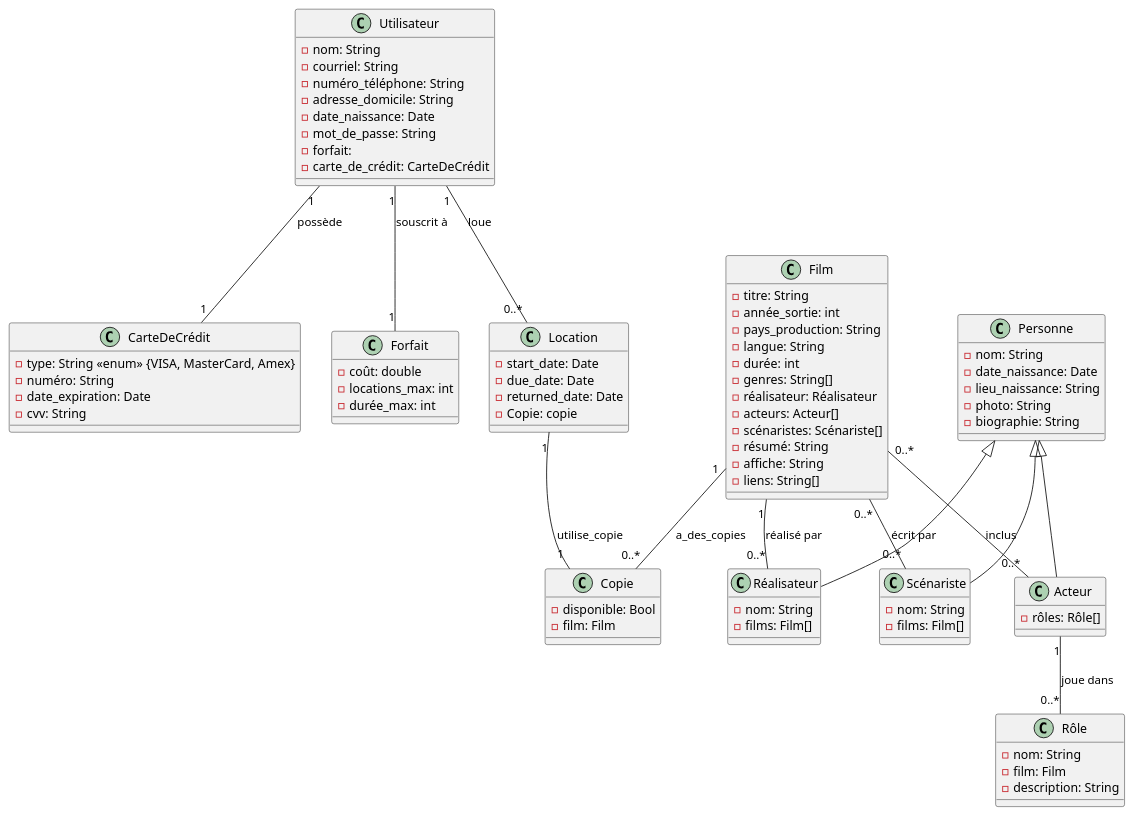
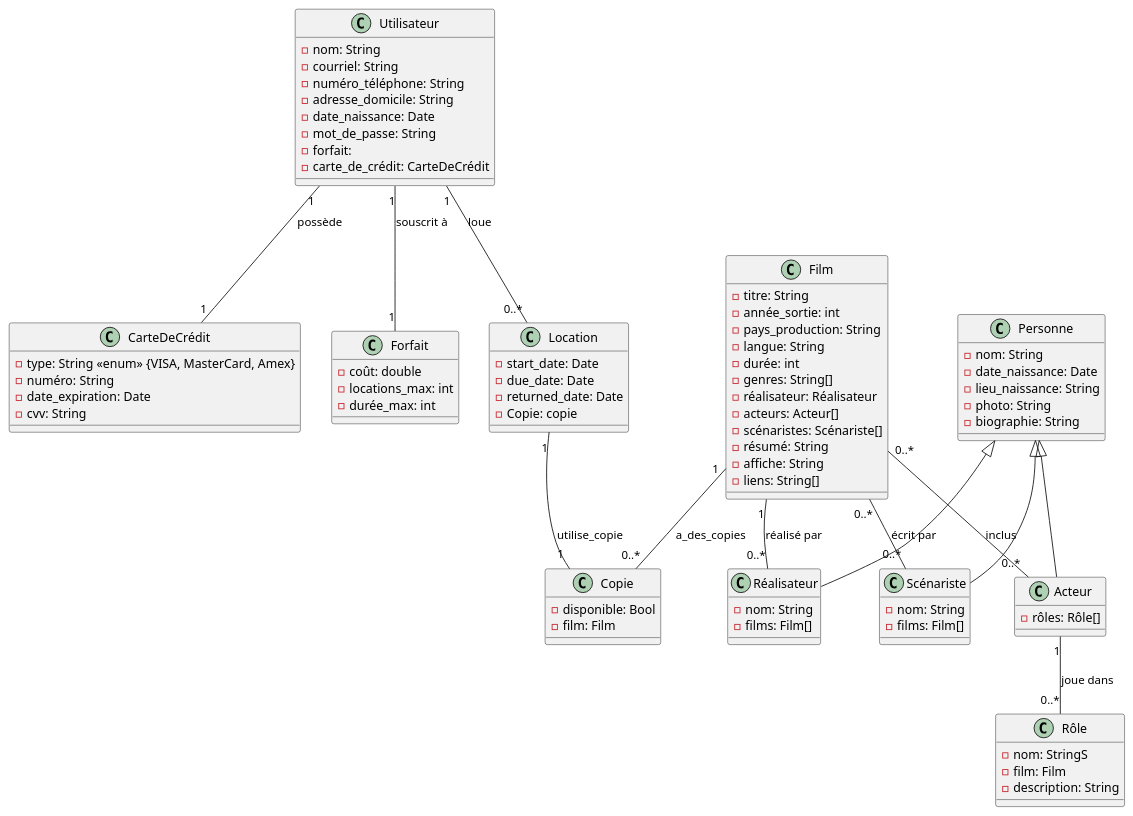
Before and after one commit to snakedye/LOG660-01: the diagram in docs/class.puml, drawn with PlantUML. The commit also changed 1 other file, not shown here.

Commit message:
Génération du diagramme de classes

```diff
--- a/docs/class.puml
+++ b/docs/class.puml
@@ -1,110 +1,110 @@
 @startuml
 ' Classe principale Utilisateur id vont d i ou a
 class Utilisateur {
   - nom: String
   - courriel: String
   - numéro_téléphone: String
   - adresse_domicile: String
   - date_naissance: Date
   - mot_de_passe: String
   - forfait: 
   - carte_de_crédit: CarteDeCrédit
 }
 
 ' Carte de Crédit
 class CarteDeCrédit {
   - type: String <<enum>> {VISA, MasterCard, Amex}
   - numéro: String
   - date_expiration: Date
   - cvv: String
 }
 
 ' Forfait
 class Forfait {
   - coût: double
   - locations_max: int
   - durée_max: int
 }
 
 ' Location
 class Location {
   - start_date: Date
   - due_date: Date
   - returned_date: Date
   - Copie: copie
 }
 
 ' Film
 class Film {
   - titre: String
   - année_sortie: int
   - pays_production: String
   - langue: String
   - durée: int
   - genres: String[]
   - réalisateur: Réalisateur
   - acteurs: Acteur[]
   - scénaristes: Scénariste[]
   - résumé: String
   - affiche: String
   - liens: String[]
 }
 
 ' Réalisateur
 class Réalisateur {
   - nom: String
   - films: Film[]
 }
 
 ' Scénariste
 class Scénariste {
   - nom: String
   - films: Film[]
 }
 
 ' Acteur
 class Acteur {
   - rôles: Rôle[]
 }
 
 ' Rôle
 class Rôle {
-  - nom: String
+  - nom: StringS
   - film: Film
   - description: String
 }
 
 ' Personne (classe parent)
 class Personne {
   - nom: String
   - date_naissance: Date
   - lieu_naissance: String
   - photo: String
   - biographie: String
 }
 
 ' Classe Copie pour les copies de films
 class Copie {
   - disponible: Bool
   - film: Film
 }
 
 ' Associations
 Utilisateur "1" -- "1" CarteDeCrédit : possède
 Utilisateur "1" -- "1" Forfait : souscrit à
 Utilisateur "1" -- "0..*" Location : loue
 
 
 Location "1" -- "1" Copie : utilise_copie
 
 Film "1" -- "0..*" Réalisateur : réalisé par
 Film "0..*" -- "0..*" Acteur : inclus
 Film "0..*" -- "0..*" Scénariste : écrit par
 Film "1" -- "0..*" Copie : a_des_copies
 
 Personne <|-- Réalisateur
 Personne <|-- Acteur
 Personne <|-- Scénariste
 Acteur "1" -- "0..*" Rôle : joue dans
 
 @enduml
```
